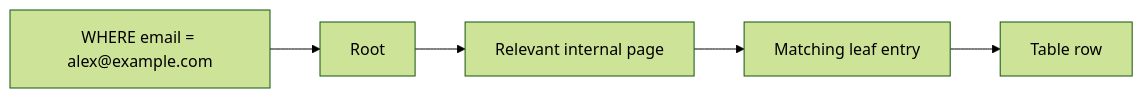
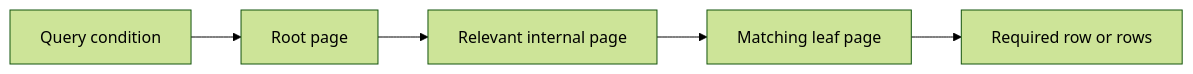
The first of 5 diagrams in src/content/databases/indexing-btree.md (AvadhBhalodiya/Interview-Preparation), drawn with Mermaid (forest theme) before and after one commit. The commit also changed other lines of this file and 80 other files, not shown here.

````diff
--- a/src/content/databases/indexing-btree.md
+++ b/src/content/databases/indexing-btree.md
@@ -129,7 +61,7 @@
 ```mermaid
 flowchart LR
-    Q["WHERE email = alex@example.com"] --> R[Root]
+    Q[Query condition] --> R[Root page]
     R --> I[Relevant internal page]
-    I --> L[Matching leaf entry]
-    L --> T[Table row]
+    I --> L[Matching leaf page]
+    L --> T[Required row or rows]
 ```
````
